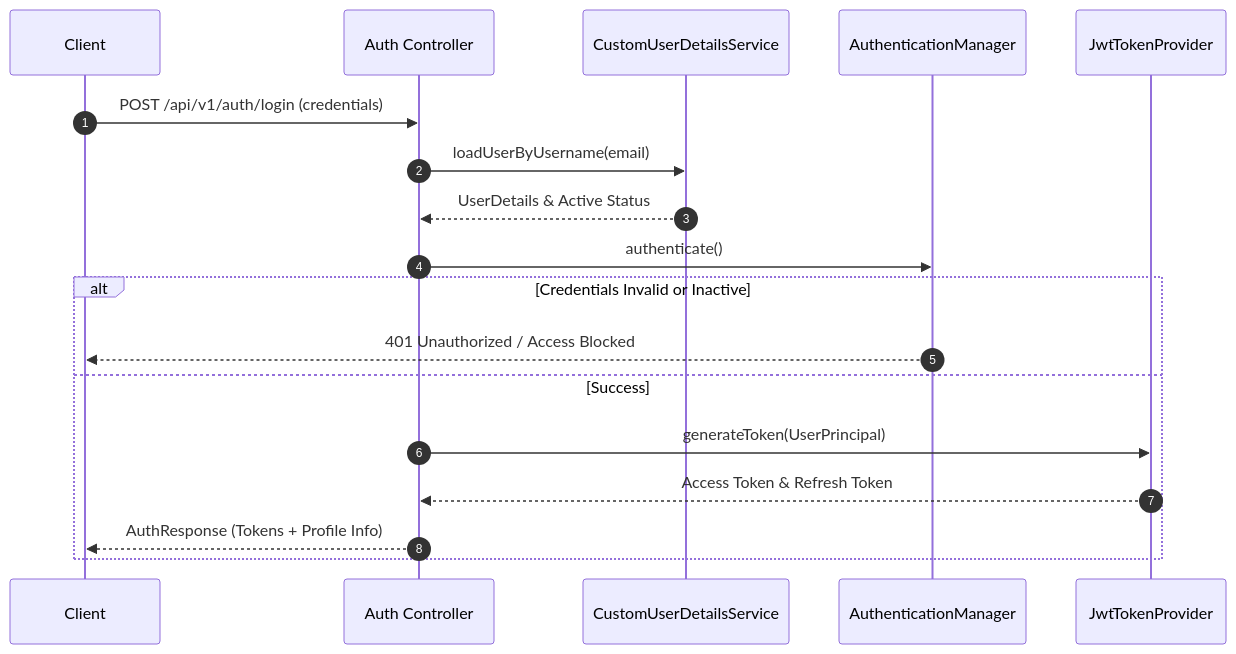
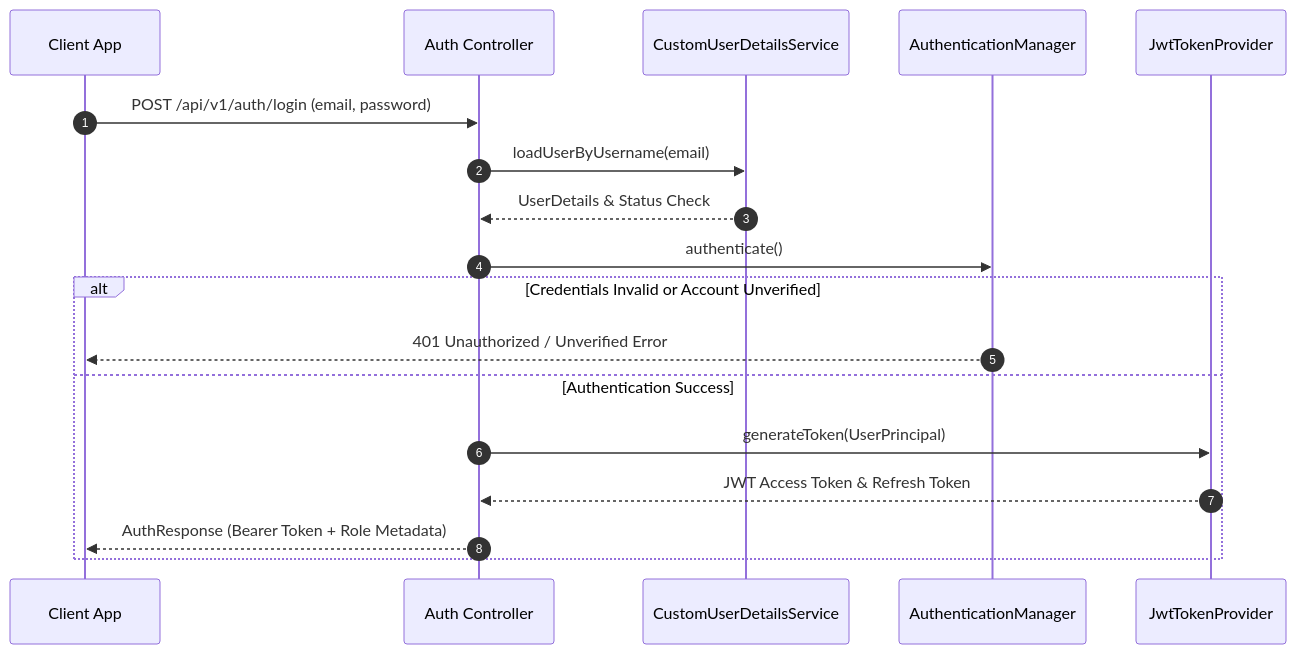
Before and after one commit to Vishnupriya1426/Project-Management-system: the third of 5 diagrams in README.md, drawn with Mermaid. The commit also changed other lines of this file and 8 other files, not shown here.

````diff
--- a/README.md
+++ b/README.md
@@ -207,15 +178,15 @@
 ```mermaid
 sequenceDiagram
     autonumber
-    Client->>Auth Controller: POST /api/v1/auth/login (credentials)
+    Client App->>Auth Controller: POST /api/v1/auth/login (email, password)
     Auth Controller->>CustomUserDetailsService: loadUserByUsername(email)
-    CustomUserDetailsService-->>Auth Controller: UserDetails & Active Status
+    CustomUserDetailsService-->>Auth Controller: UserDetails & Status Check
     Auth Controller->>AuthenticationManager: authenticate()
-    alt Credentials Invalid or Inactive
-        AuthenticationManager-->>Client: 401 Unauthorized / Access Blocked
-    else Success
+    alt Credentials Invalid or Account Unverified
+        AuthenticationManager-->>Client App: 401 Unauthorized / Unverified Error
+    else Authentication Success
         Auth Controller->>JwtTokenProvider: generateToken(UserPrincipal)
-        JwtTokenProvider-->>Auth Controller: Access Token & Refresh Token
-        Auth Controller-->>Client: AuthResponse (Tokens + Profile Info)
+        JwtTokenProvider-->>Auth Controller: JWT Access Token & Refresh Token
+        Auth Controller-->>Client App: AuthResponse (Bearer Token + Role Metadata)
     end
 ```
````
